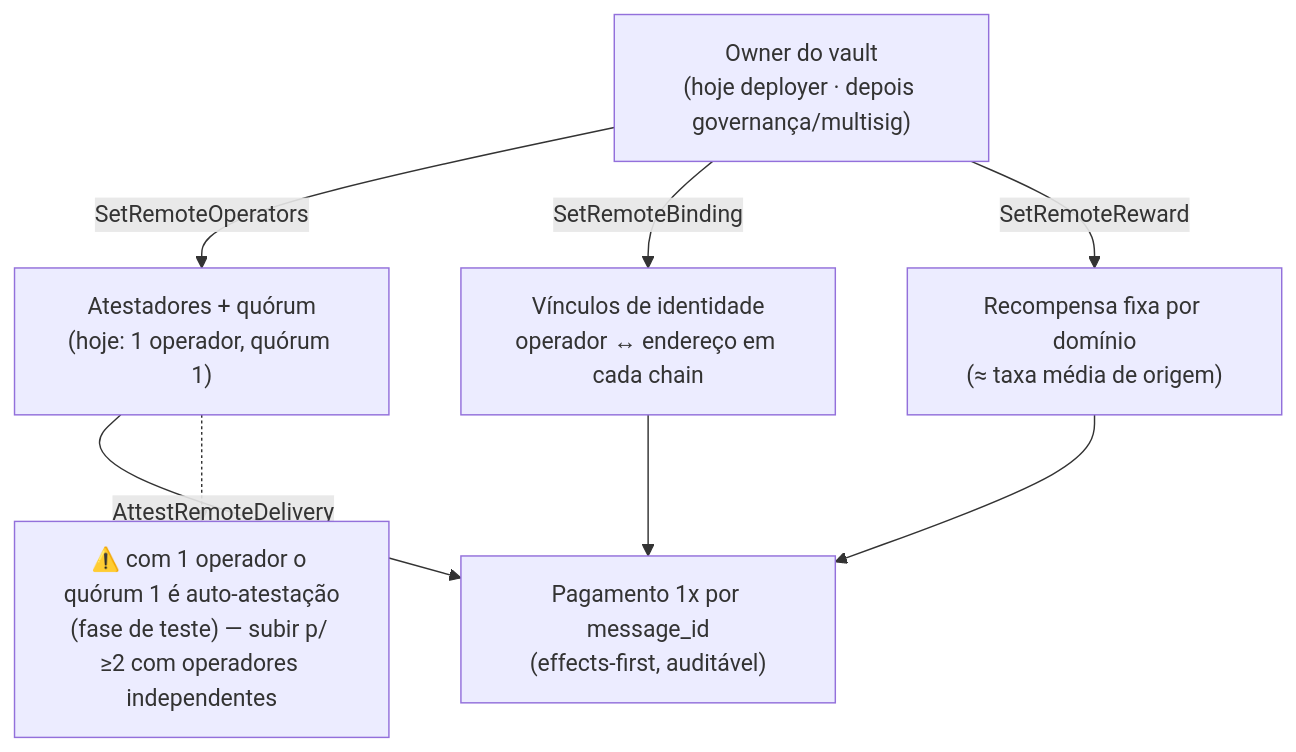
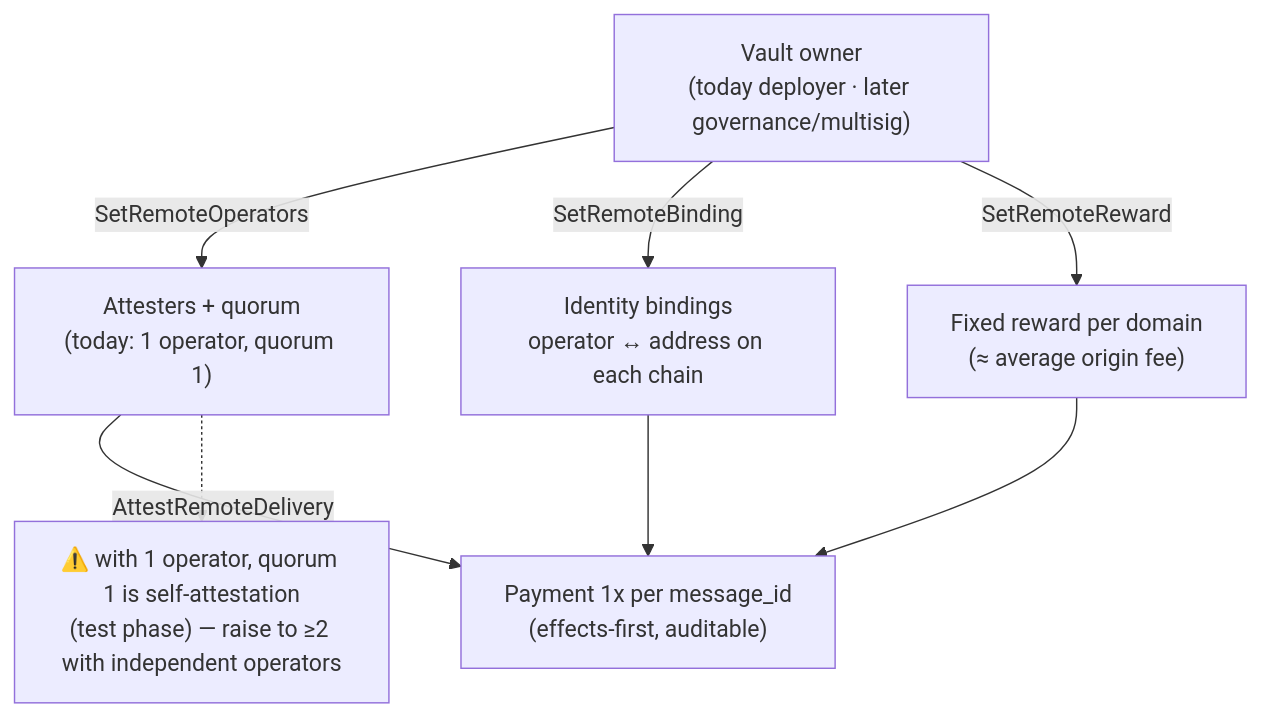
The seventh of 9 diagrams in docs/ARQUITETURA.md (terra-classic-hyperlane/proof-of-delivery), drawn with Mermaid before and after one commit. The commit also changed other lines of this file and 29 other files, not shown here.

````diff
--- a/docs/ARQUITETURA.md
+++ b/docs/ARQUITETURA.md
@@ -197,12 +197,12 @@
 ```mermaid
 flowchart TB
-    OWN["Owner do vault<br/>(hoje deployer · depois governança/multisig)"]
-    OWN -->|SetRemoteOperators| ATT["Atestadores + quórum<br/>(hoje: 1 operador, quórum 1)"]
-    OWN -->|SetRemoteBinding| BIND["Vínculos de identidade<br/>operador ↔ endereço em cada chain"]
-    OWN -->|SetRemoteReward| RW["Recompensa fixa por domínio<br/>(≈ taxa média de origem)"]
-    ATT -->|AttestRemoteDelivery| PAY["Pagamento 1x por message_id<br/>(effects-first, auditável)"]
+    OWN["Vault owner<br/>(today deployer · later governance/multisig)"]
+    OWN -->|SetRemoteOperators| ATT["Attesters + quorum<br/>(today: 1 operator, quorum 1)"]
+    OWN -->|SetRemoteBinding| BIND["Identity bindings<br/>operator ↔ address on each chain"]
+    OWN -->|SetRemoteReward| RW["Fixed reward per domain<br/>(≈ average origin fee)"]
+    ATT -->|AttestRemoteDelivery| PAY["Payment 1x per message_id<br/>(effects-first, auditable)"]
     BIND --> PAY
     RW --> PAY
-    NOTE["⚠️ com 1 operador o quórum 1 é auto-atestação<br/>(fase de teste) — subir p/ ≥2 com operadores independentes"]
+    NOTE["⚠️ with 1 operator, quorum 1 is self-attestation<br/>(test phase) — raise to ≥2 with independent operators"]
     ATT -.-> NOTE
 ```
````
